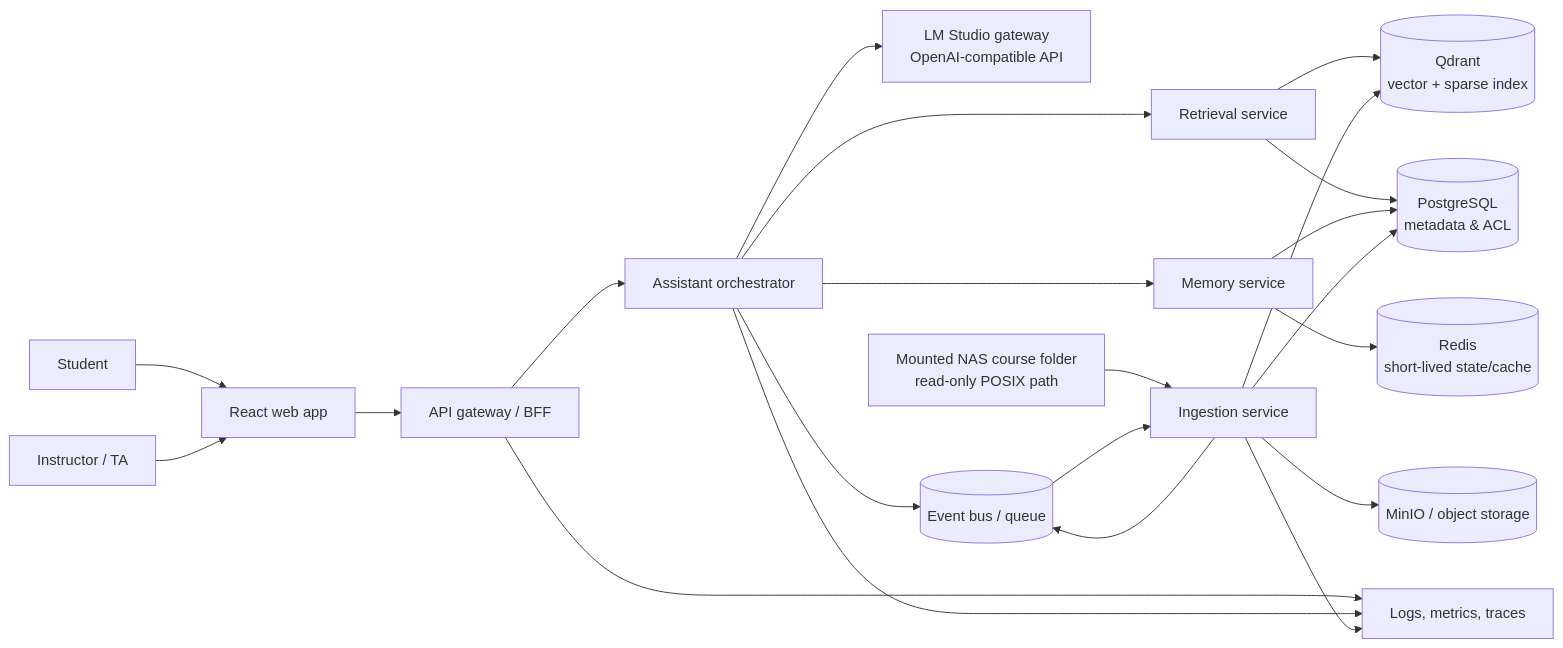
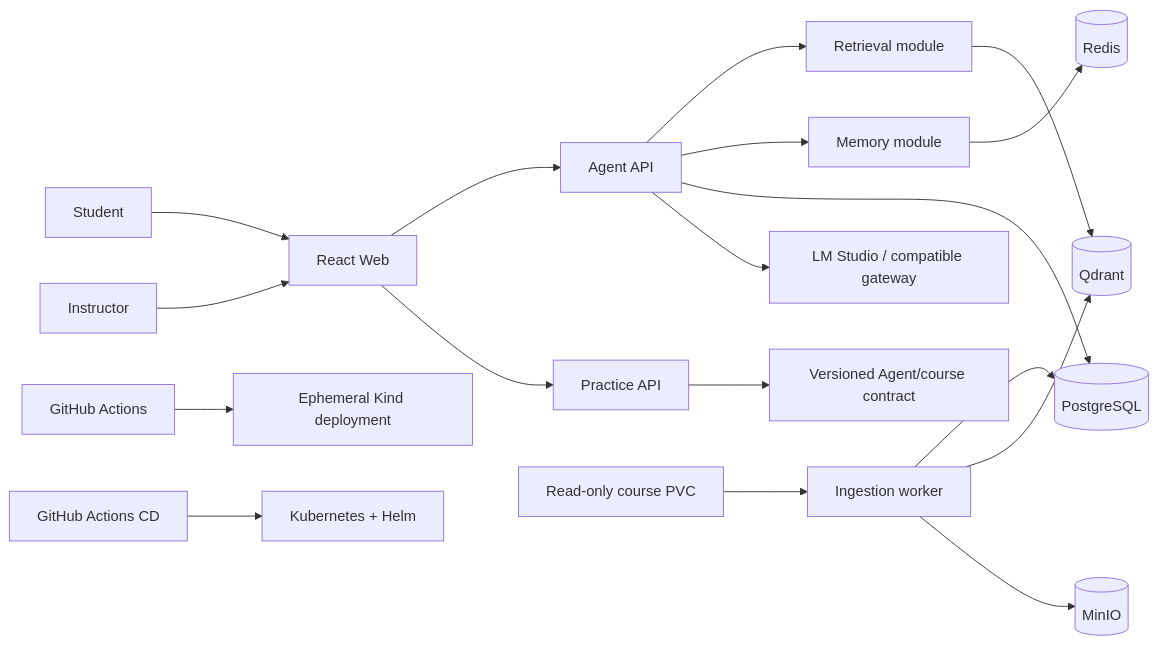
Before and after one commit to lao-raul/ai-course-tutor-agent: the diagram in docs/function-spec.md, drawn with Mermaid. The commit also changed other lines of this file and 134 other files, not shown here.

First line of the commit message:
feat: deliver Helm-deployed course tutor platform

````diff
--- a/docs/function-spec.md
+++ b/docs/function-spec.md
@@ -105,24 +136,20 @@
 ```mermaid
 flowchart LR
-  S[Student] --> W[React web app]
-  I[Instructor / TA] --> W
-  W --> G[API gateway / BFF]
-  G --> O[Assistant orchestrator]
-  O --> R[Retrieval service]
-  O --> M[Memory service]
-  O --> L[LM Studio gateway\nOpenAI-compatible API]
-  R --> Q[(Qdrant\nvector + sparse index)]
-  R --> P[(PostgreSQL\nmetadata & ACL)]
-  M --> P
-  M --> RV[(Redis\nshort-lived state/cache)]
-  N[Mounted NAS course folder\nread-only POSIX path] --> IN[Ingestion service]
-  IN --> OB[(MinIO / object storage)]
-  IN --> Q
-  IN --> P
-  IN --> E[(Event bus / queue)]
-  E --> IN
-  O --> E
-  G --> OBS[Logs, metrics, traces]
-  O --> OBS
-  IN --> OBS
+  Student --> Web[React Web]
+  Instructor --> Web
+  Web --> Agent[Agent API]
+  Web --> Practice[Practice API]
+  Agent --> Retrieval[Retrieval module]
+  Agent --> Memory[Memory module]
+  Agent --> DB[(PostgreSQL)]
+  Practice --> AgentContract[Versioned Agent/course contract]
+  Agent --> LLM[LM Studio / compatible gateway]
+  Retrieval --> Q[(Qdrant)]
+  Memory --> Redis[(Redis)]
+  NAS[Read-only course PVC] --> Worker[Ingestion worker]
+  Worker --> DB
+  Worker --> Q
+  Worker --> Objects[(MinIO)]
+  CI[GitHub Actions] --> Kind[Ephemeral Kind deployment]
+  CD[GitHub Actions CD] --> K8s[Kubernetes + Helm]
 ```
````
